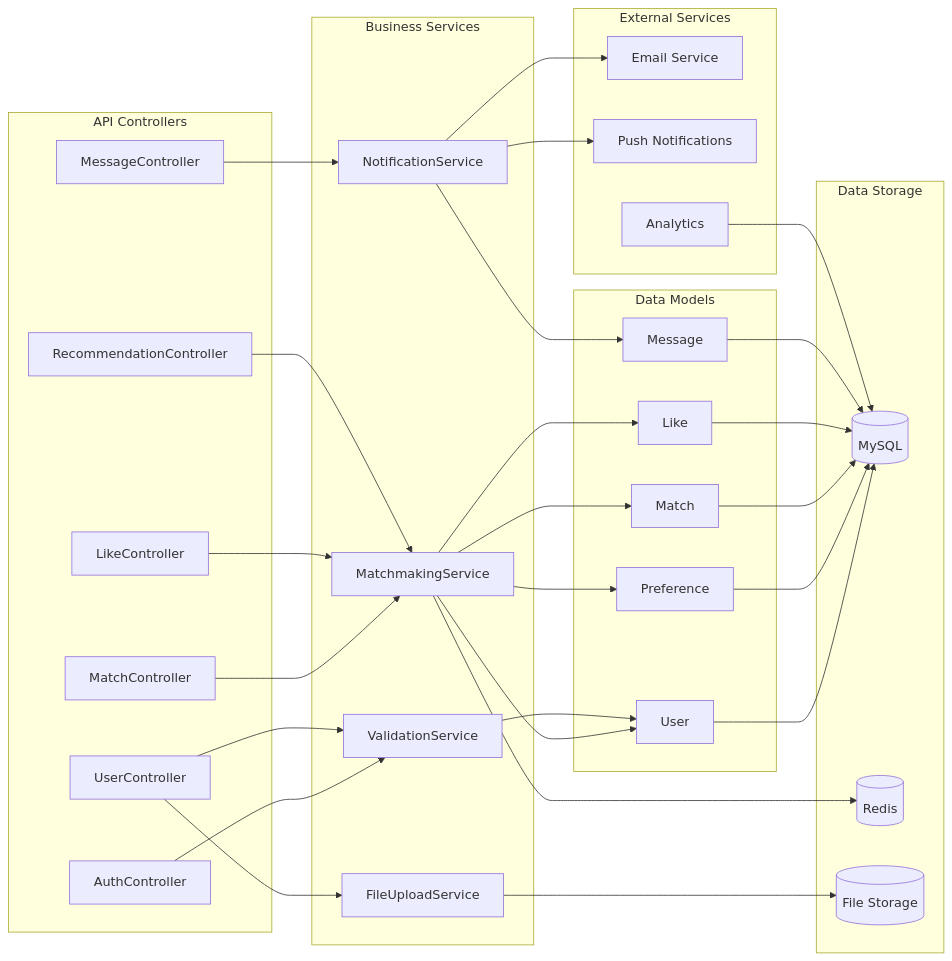
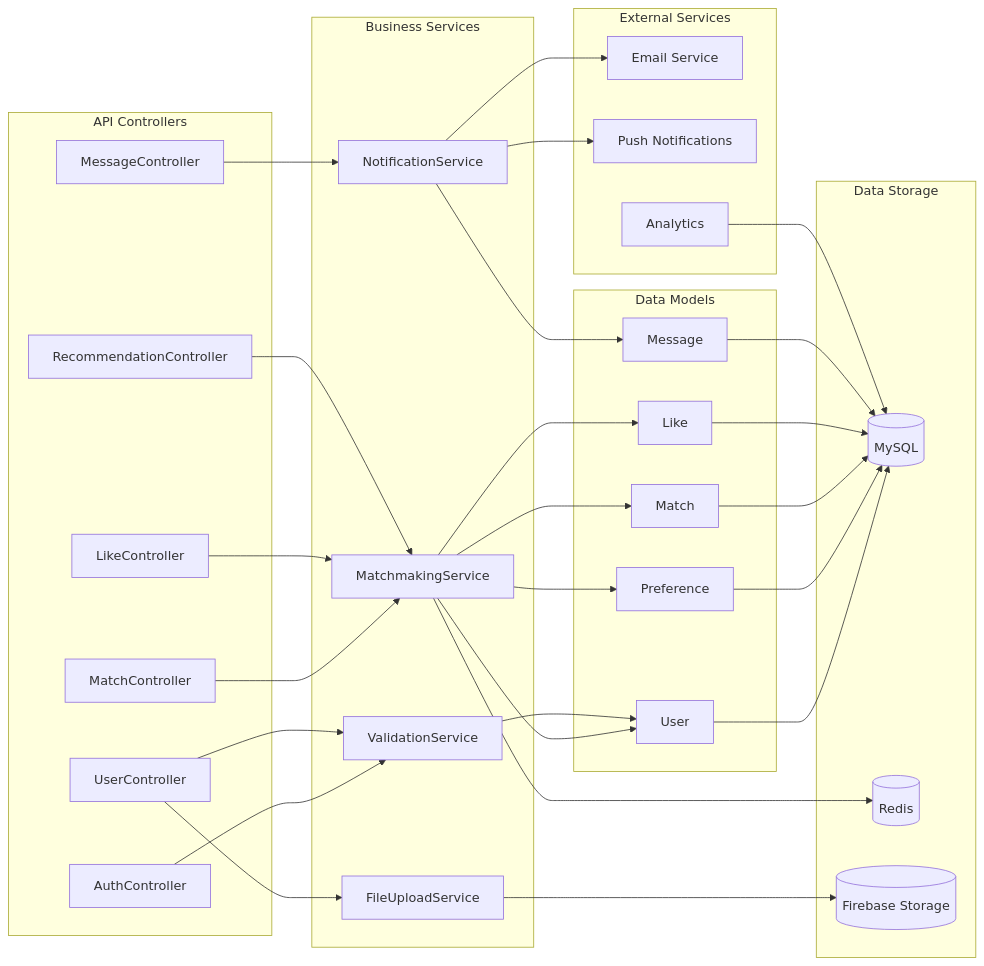
The fourth of 8 diagrams in SCHEMA_DIAGRAM.md (rupesh-2/matrimonial-api), drawn with Mermaid before and after one commit. The commit also changed other lines of this file and 3 other files, not shown here.

````diff
--- a/SCHEMA_DIAGRAM.md
+++ b/SCHEMA_DIAGRAM.md
@@ -289,71 +289,71 @@
 ```mermaid
 graph LR
     %% API Controllers
     subgraph "API Controllers"
         AC1[AuthController]
         AC2[UserController]
         AC3[MatchController]
         AC4[LikeController]
         AC5[MessageController]
         AC6[RecommendationController]
     end
 
     %% Services
     subgraph "Business Services"
         BS1[MatchmakingService]
         BS2[NotificationService]
         BS3[ValidationService]
         BS4[FileUploadService]
     end
 
     %% Models
     subgraph "Data Models"
         DM1[User]
         DM2[Preference]
         DM3[Match]
         DM4[Like]
         DM5[Message]
     end
 
     %% Database
     subgraph "Data Storage"
         DS1[(MySQL)]
         DS2[(Redis)]
-        DS3[(File Storage)]
+        Firebase[(Firebase Storage)]
     end
 
     %% External Services
     subgraph "External Services"
         ES1[Email Service]
         ES2[Push Notifications]
         ES3[Analytics]
     end
 
     %% Connections
     AC1 --> BS3
     AC2 --> BS3
     AC2 --> BS4
     AC3 --> BS1
     AC4 --> BS1
     AC5 --> BS2
     AC6 --> BS1
 
     BS1 --> DM1
     BS1 --> DM2
     BS1 --> DM3
     BS1 --> DM4
     BS2 --> DM5
     BS3 --> DM1
-    BS4 --> DS3
+            BS4 --> Firebase
 
     DM1 --> DS1
     DM2 --> DS1
     DM3 --> DS1
     DM4 --> DS1
     DM5 --> DS1
 
     BS1 --> DS2
     BS2 --> ES1
     BS2 --> ES2
     ES3 --> DS1
 ```
````
